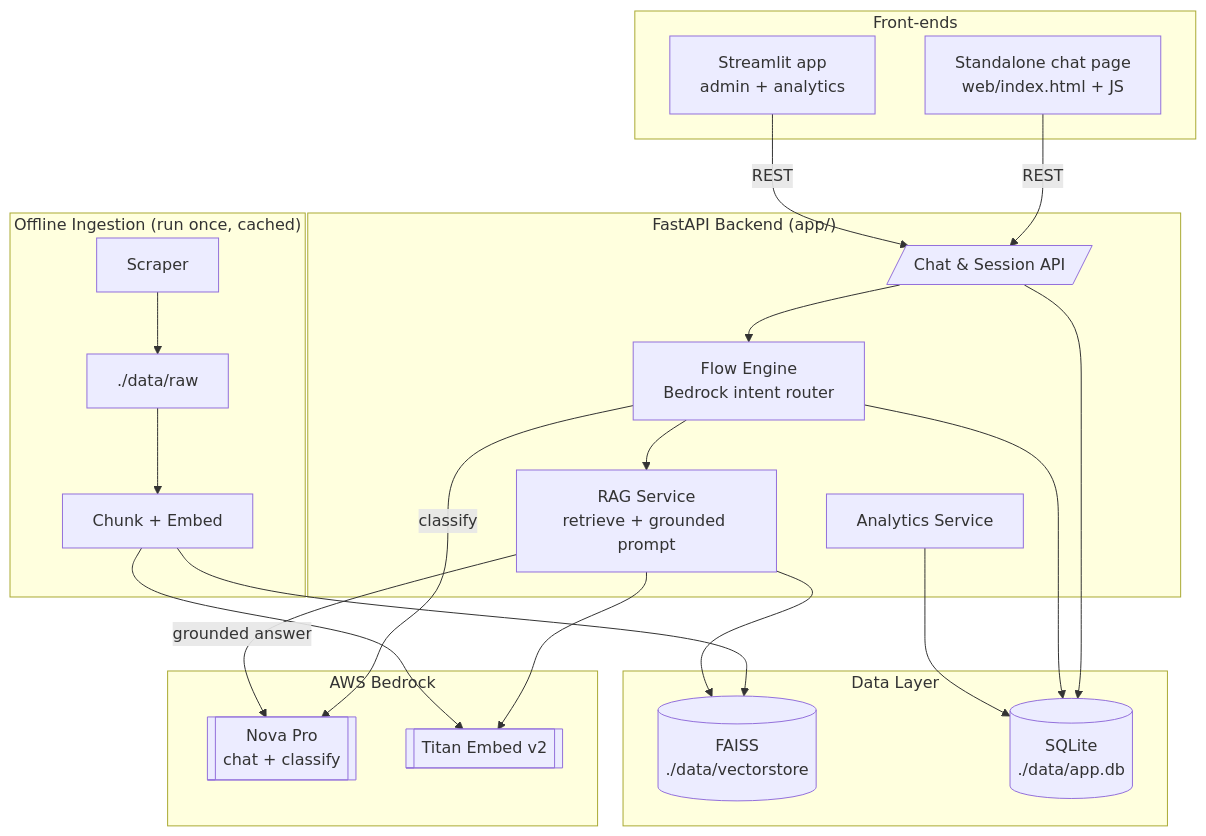
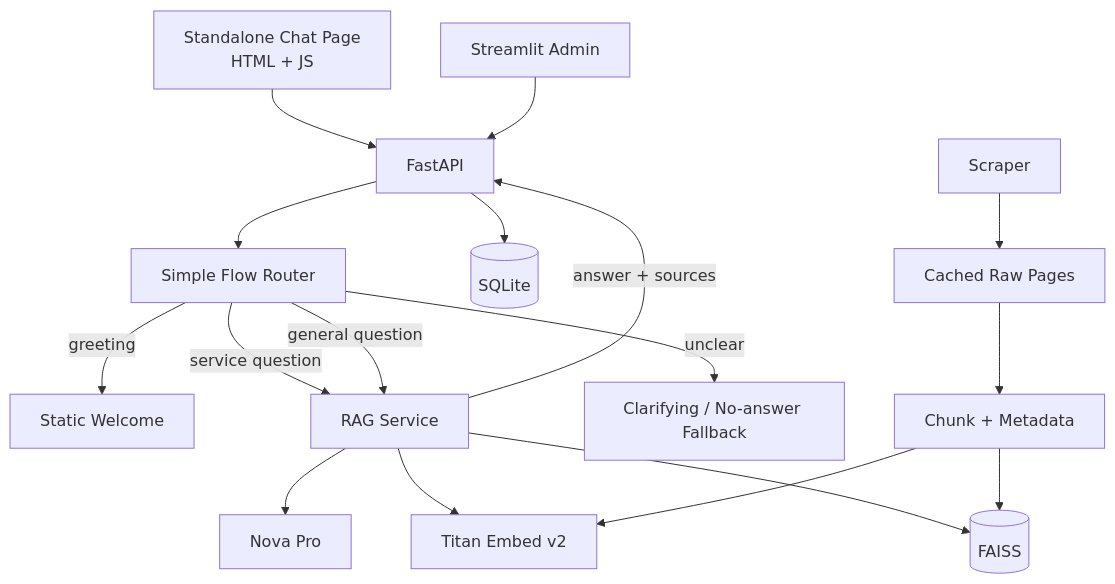
The diagram in FINAL_PLAN.md (koppolu-teja-ness/hackathon), drawn with Mermaid before and after one commit. The commit also changed other lines of this file, not shown here.

````diff
--- a/FINAL_PLAN.md
+++ b/FINAL_PLAN.md
@@ -33,41 +55,24 @@
 ```mermaid
 flowchart TD
-    subgraph Clients["Front-ends"]
-        WEB[Standalone chat page<br/>web/index.html + JS]
-        ST[Streamlit app<br/>admin + analytics]
-    end
+    WEB[Standalone Chat Page\nHTML + JS] --> API[FastAPI]
 
-    subgraph Backend["FastAPI Backend (app/)"]
-        API[/Chat & Session API/]
-        FE[Flow Engine<br/>Bedrock intent router]
-        RAG[RAG Service<br/>retrieve + grounded prompt]
-        ANL[Analytics Service]
-    end
+    API --> ROUTER[Simple Flow Router]
+    ROUTER -->|greeting| GREET[Static Welcome]
+    ROUTER -->|service question| RAG[RAG Service]
+    ROUTER -->|general question| RAG
+    ROUTER -->|unclear| FALLBACK[Clarifying / No-answer Fallback]
 
-    subgraph AWS["AWS Bedrock"]
-        LLM[[Nova Pro<br/>chat + classify]]
-        EMB[[Titan Embed v2]]
-    end
+    RAG --> VDB[(FAISS)]
+    RAG --> EMB[Titan Embed v2]
+    RAG --> LLM[Nova Pro]
+    RAG -->|answer + sources| API
 
-    subgraph Data["Data Layer"]
-        VDB[(FAISS<br/>./data/vectorstore)]
-        DB[(SQLite<br/>./data/app.db)]
-    end
+    API --> DB[(SQLite)]
 
-    subgraph Ingest["Offline Ingestion (run once, cached)"]
-        SC[Scraper] --> RAW[./data/raw] --> CH[Chunk + Embed] --> VDB
-    end
+    ST[Streamlit Admin] --> API
 
-    WEB -->|REST| API
-    ST  -->|REST| API
-    API --> FE
-    FE -->|classify| LLM
-    FE --> RAG
-    RAG --> VDB
-    RAG --> EMB
-    RAG -->|grounded answer| LLM
-    API --> DB
-    FE --> DB
-    ANL --> DB
+    SC[Scraper] --> RAW[Cached Raw Pages]
+    RAW --> CH[Chunk + Metadata]
     CH --> EMB
+    CH --> VDB
 ```
````
